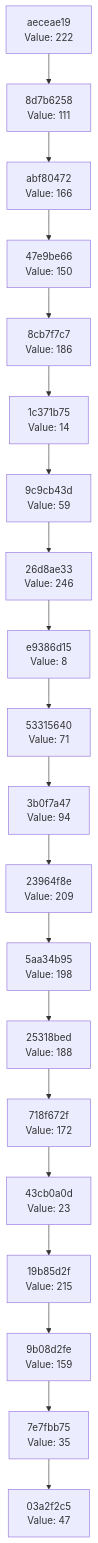
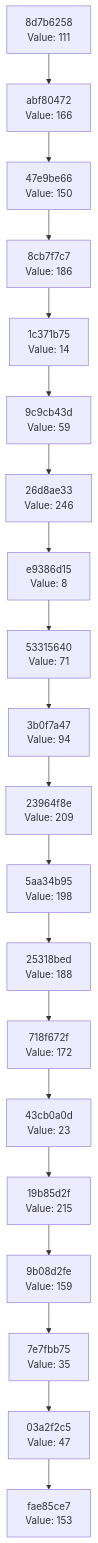
The diagram in docs/CHAIN_VISUALIZATION.md (Abhisheksinha1506/hash-chain-evolver), drawn with Mermaid before and after one commit. The commit also changed 2 other files, not shown here.

Commit message:
Evolution Step

````diff
--- a/docs/CHAIN_VISUALIZATION.md
+++ b/docs/CHAIN_VISUALIZATION.md
@@ -3,42 +3,42 @@
 ```mermaid
 graph TD
-    C0["03a2f2c5<br/>Value: 47"]
-    C1["7e7fbb75<br/>Value: 35"]
+    C0["fae85ce7<br/>Value: 153"]
+    C1["03a2f2c5<br/>Value: 47"]
     C1 --> C0
-    C2["9b08d2fe<br/>Value: 159"]
+    C2["7e7fbb75<br/>Value: 35"]
     C2 --> C1
-    C3["19b85d2f<br/>Value: 215"]
+    C3["9b08d2fe<br/>Value: 159"]
     C3 --> C2
-    C4["43cb0a0d<br/>Value: 23"]
+    C4["19b85d2f<br/>Value: 215"]
     C4 --> C3
-    C5["718f672f<br/>Value: 172"]
+    C5["43cb0a0d<br/>Value: 23"]
     C5 --> C4
-    C6["25318bed<br/>Value: 188"]
+    C6["718f672f<br/>Value: 172"]
     C6 --> C5
-    C7["5aa34b95<br/>Value: 198"]
+    C7["25318bed<br/>Value: 188"]
     C7 --> C6
-    C8["23964f8e<br/>Value: 209"]
+    C8["5aa34b95<br/>Value: 198"]
     C8 --> C7
-    C9["3b0f7a47<br/>Value: 94"]
+    C9["23964f8e<br/>Value: 209"]
     C9 --> C8
-    C10["53315640<br/>Value: 71"]
+    C10["3b0f7a47<br/>Value: 94"]
     C10 --> C9
-    C11["e9386d15<br/>Value: 8"]
+    C11["53315640<br/>Value: 71"]
     C11 --> C10
-    C12["26d8ae33<br/>Value: 246"]
+    C12["e9386d15<br/>Value: 8"]
     C12 --> C11
-    C13["9c9cb43d<br/>Value: 59"]
+    C13["26d8ae33<br/>Value: 246"]
     C13 --> C12
-    C14["1c371b75<br/>Value: 14"]
+    C14["9c9cb43d<br/>Value: 59"]
     C14 --> C13
-    C15["8cb7f7c7<br/>Value: 186"]
+    C15["1c371b75<br/>Value: 14"]
     C15 --> C14
-    C16["47e9be66<br/>Value: 150"]
+    C16["8cb7f7c7<br/>Value: 186"]
     C16 --> C15
-    C17["abf80472<br/>Value: 166"]
+    C17["47e9be66<br/>Value: 150"]
     C17 --> C16
-    C18["8d7b6258<br/>Value: 111"]
+    C18["abf80472<br/>Value: 166"]
     C18 --> C17
-    C19["aeceae19<br/>Value: 222"]
+    C19["8d7b6258<br/>Value: 111"]
     C19 --> C18
 ```
````
